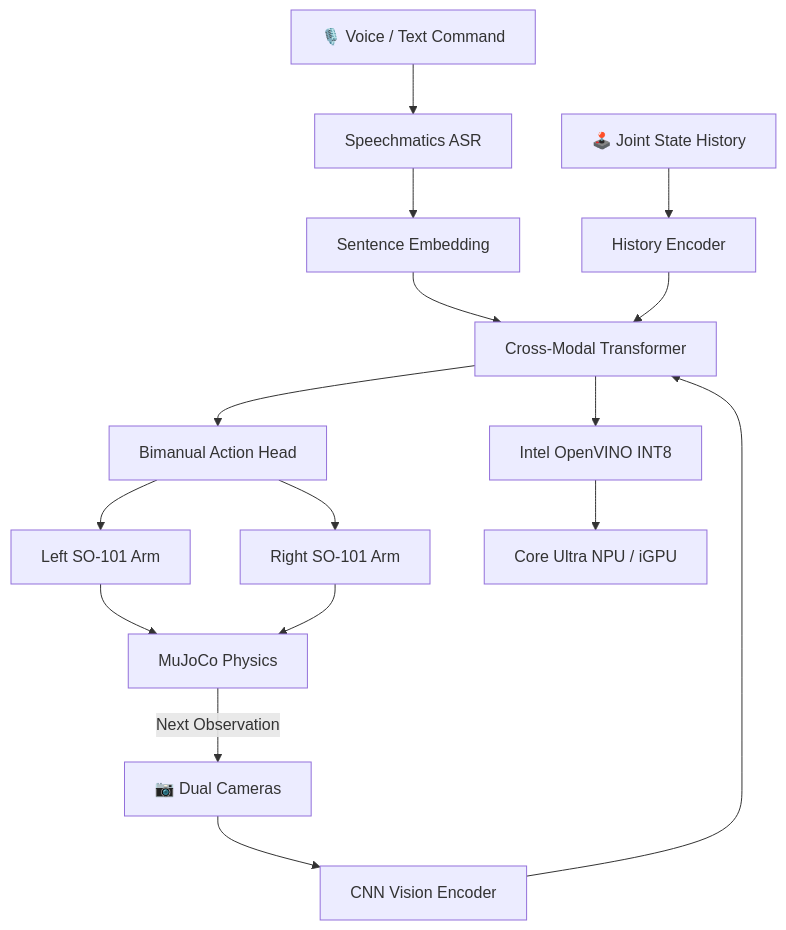
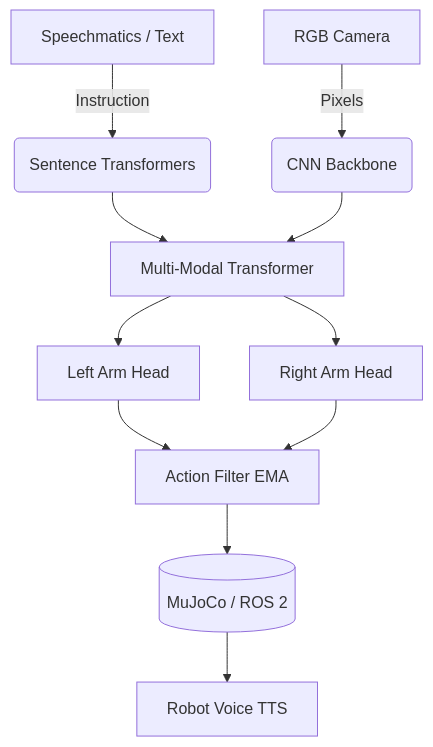
One commit to shambhushekharsinha-engg/sentineledge-core changed the diagram in README.md. Above: the diagram before and after it, drawn with Mermaid. The commit also changed other lines of this file and 4 other files, not shown here.

Commit message:
Enhance: Add EMA Action Filter, TTS Robot Voice, and Foxglove Layout

````diff
--- a/README.md
+++ b/README.md
@@ -68,22 +69,13 @@
 ```mermaid
 graph TD
-    A["🎙️ Voice / Text Command"] --> B["Speechmatics ASR"]
-    B --> C["Sentence Embedding"]
-    D["📷 Dual Cameras"] --> E["CNN Vision Encoder"]
-    F["🕹️ Joint State History"] --> G["History Encoder"]
-
-    C --> H["Cross-Modal Transformer"]
-    E --> H
-    G --> H
-
-    H --> I["Bimanual Action Head"]
-    I --> J["Left SO-101 Arm"]
-    I --> K["Right SO-101 Arm"]
-
-    J --> L["MuJoCo Physics"]
-    K --> L
-    L -->|"Next Observation"| D
-
-    H --> M["Intel OpenVINO INT8"]
-    M --> N["Core Ultra NPU / iGPU"]
+    A[Speechmatics / Text] -->|Instruction| B(Sentence Transformers)
+    C[RGB Camera] -->|Pixels| D(CNN Backbone)
+    B --> E[Multi-Modal Transformer]
+    D --> E
+    E --> F[Left Arm Head]
+    E --> G[Right Arm Head]
+    F --> H[Action Filter EMA]
+    G --> H[Action Filter EMA]
+    H --> I[(MuJoCo / ROS 2)]
+    I --> J[Robot Voice TTS]
 ```
````
